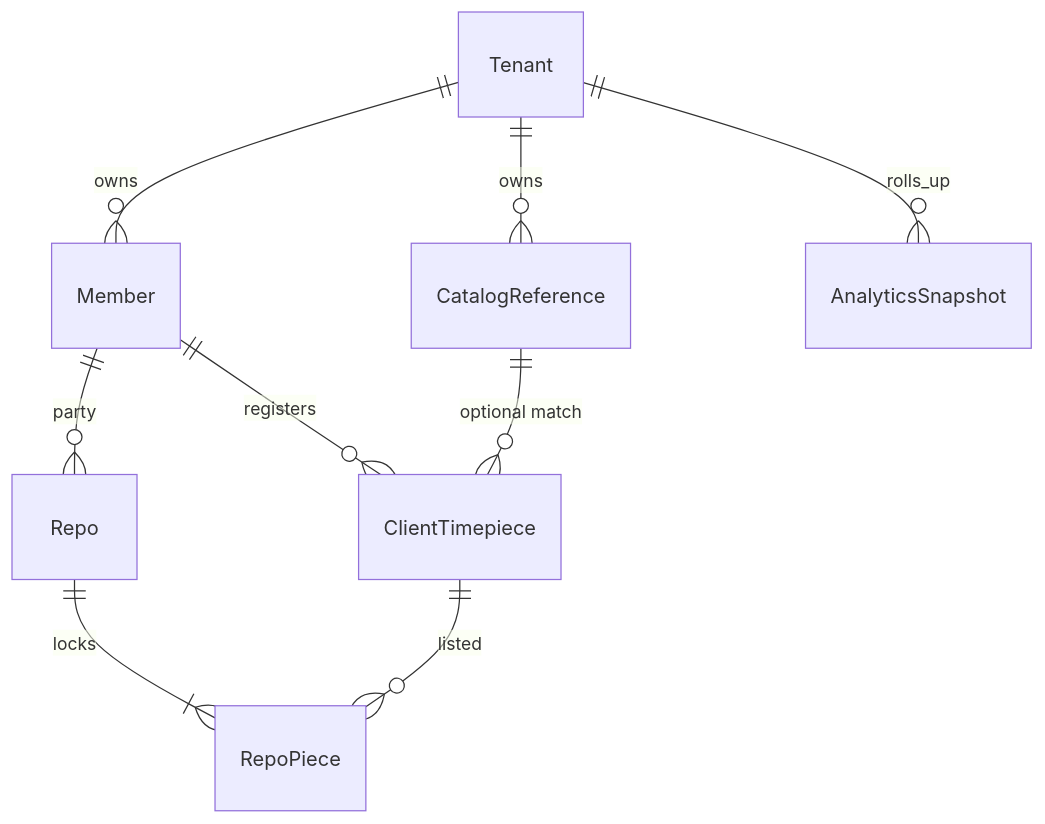
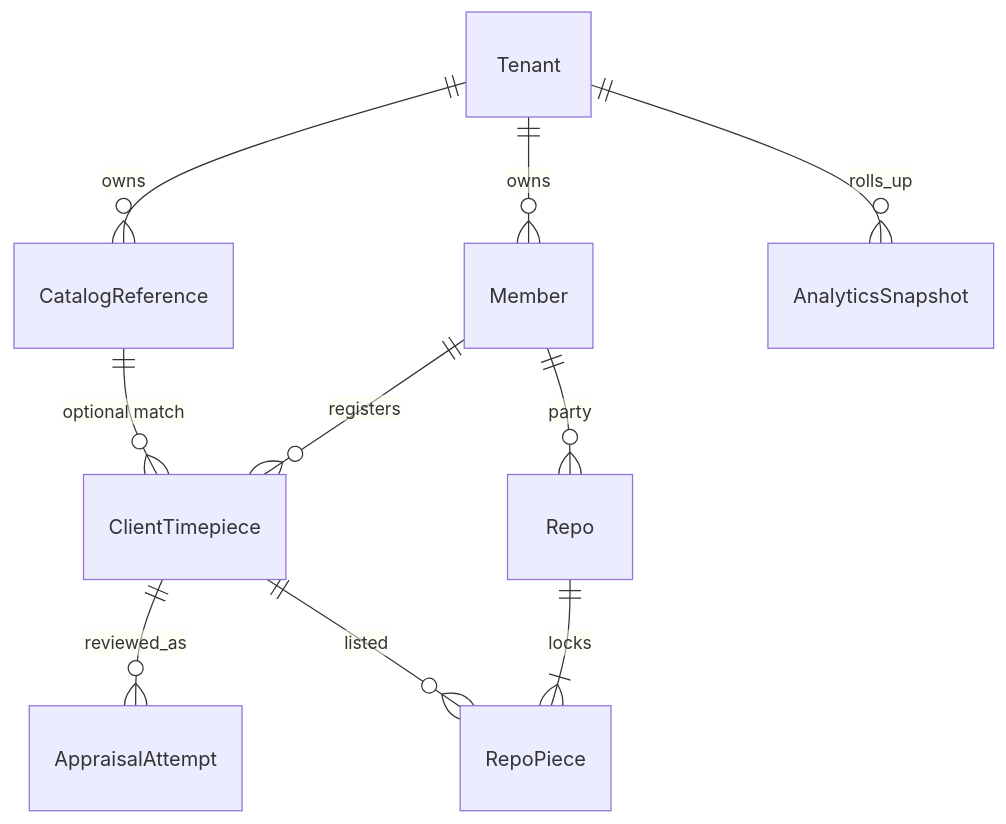
The diagram in docs/plans/2026-09-19-desk-stores-whitelabel-analytics-plan.md (KIT-Capital/mac-app), drawn with Mermaid before and after one commit. The commit also changed other lines of this file and 3 other files, not shown here.

````diff
--- a/docs/plans/2026-09-19-desk-stores-whitelabel-analytics-plan.md
+++ b/docs/plans/2026-09-19-desk-stores-whitelabel-analytics-plan.md
@@ -37,11 +37,12 @@
 ```mermaid
 erDiagram
   Tenant ||--o{ CatalogReference : owns
   Tenant ||--o{ Member : owns
   Member ||--o{ ClientTimepiece : registers
   CatalogReference ||--o{ ClientTimepiece : "optional match"
+  ClientTimepiece ||--o{ AppraisalAttempt : reviewed_as
   Member ||--o{ Repo : party
   Repo ||--|{ RepoPiece : locks
   ClientTimepiece ||--o{ RepoPiece : listed
   Tenant ||--o{ AnalyticsSnapshot : rolls_up
 ```
````
